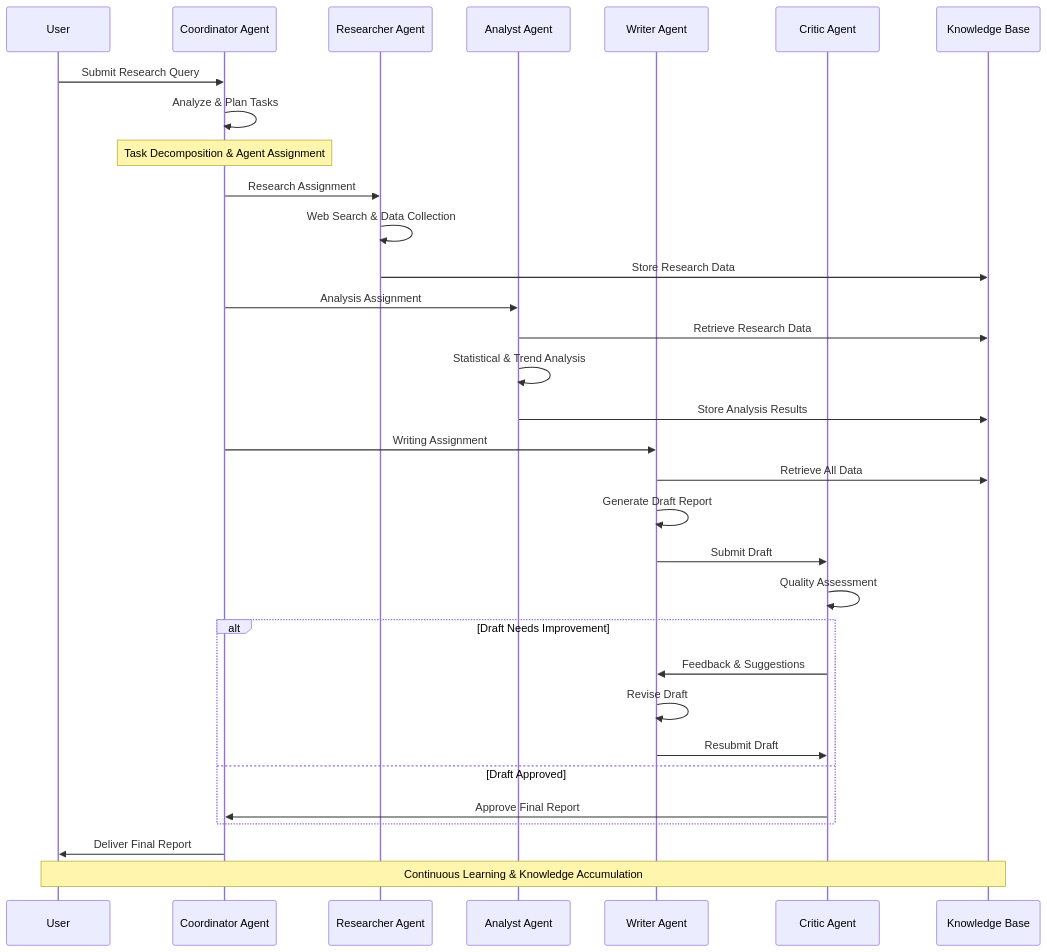
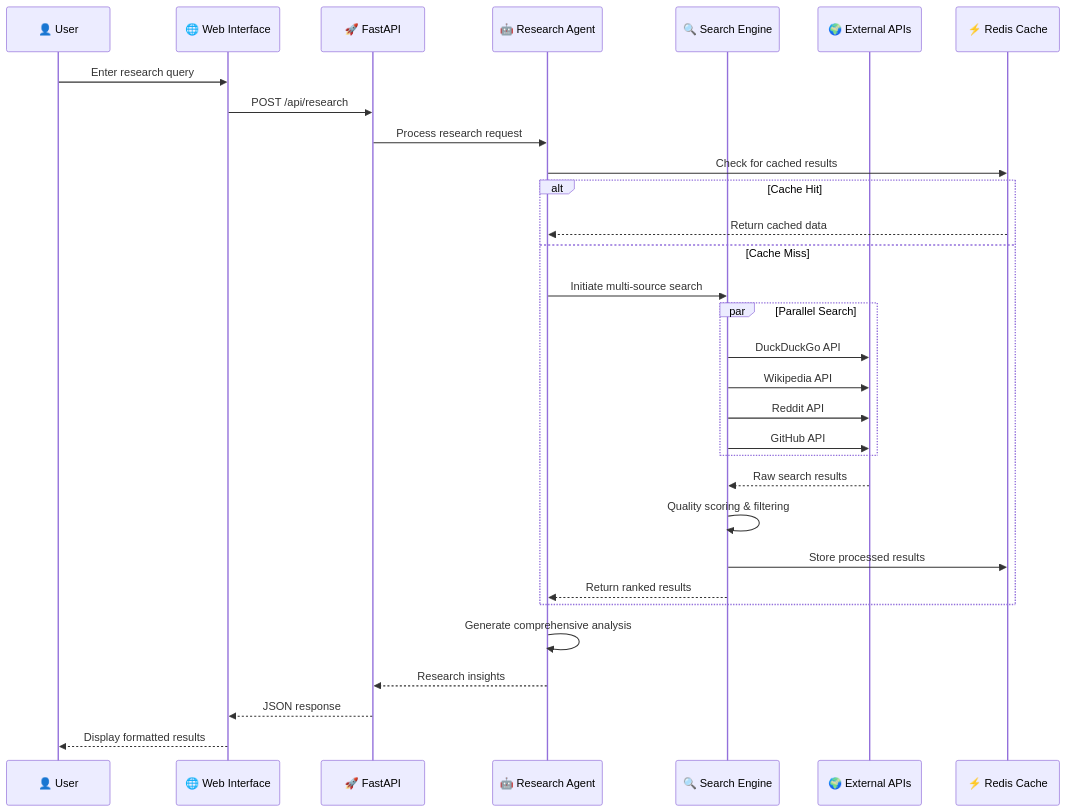
Before and after one commit to somesh-ghaturle/Projects: the second of 2 diagrams in AgenTech Research Hub/README.md, drawn with Mermaid. The commit also changed other lines of this file and 19 other files, not shown here.

````diff
--- a/AgenTech Research Hub/README.md
+++ b/AgenTech Research Hub/README.md
@@ -164,43 +148,38 @@
 ```mermaid
 sequenceDiagram
-    participant User
-    participant Coordinator as Coordinator Agent
-    participant Researcher as Researcher Agent
-    participant Analyst as Analyst Agent
-    participant Writer as Writer Agent
-    participant Critic as Critic Agent
-    participant KB as Knowledge Base
+    participant User as 👤 User
+    participant UI as 🌐 Web Interface
+    participant API as 🚀 FastAPI
+    participant Agent as 🤖 Research Agent
+    participant Search as 🔍 Search Engine
+    participant Sources as 🌍 External APIs
+    participant Cache as ⚡ Redis Cache
     
-    User->>Coordinator: Submit Research Query
-    Coordinator->>Coordinator: Analyze & Plan Tasks
+    User->>UI: Enter research query
+    UI->>API: POST /api/research
+    API->>Agent: Process research request
     
-    Note over Coordinator: Task Decomposition & Agent Assignment
-    
-    Coordinator->>Researcher: Research Assignment
-    Researcher->>Researcher: Web Search & Data Collection
-    Researcher->>KB: Store Research Data
-    
-    Coordinator->>Analyst: Analysis Assignment
-    Analyst->>KB: Retrieve Research Data
-    Analyst->>Analyst: Statistical & Trend Analysis
-    Analyst->>KB: Store Analysis Results
-    
-    Coordinator->>Writer: Writing Assignment
-    Writer->>KB: Retrieve All Data
-    Writer->>Writer: Generate Draft Report
-    Writer->>Critic: Submit Draft
-    
-    Critic->>Critic: Quality Assessment
-    
-    alt Draft Needs Improvement
-        Critic->>Writer: Feedback & Suggestions
-        Writer->>Writer: Revise Draft
-        Writer->>Critic: Resubmit Draft
-    else Draft Approved
-        Critic->>Coordinator: Approve Final Report
+    Agent->>Cache: Check for cached results
+    alt Cache Hit
+        Cache-->>Agent: Return cached data
+    else Cache Miss
+        Agent->>Search: Initiate multi-source search
+        
+        par Parallel Search
+            Search->>Sources: DuckDuckGo API
+            Search->>Sources: Wikipedia API
+            Search->>Sources: Reddit API
+            Search->>Sources: GitHub API
+        end
+        
+        Sources-->>Search: Raw search results
+        Search->>Search: Quality scoring & filtering
+        Search->>Cache: Store processed results
+        Search-->>Agent: Return ranked results
     end
     
-    Coordinator->>User: Deliver Final Report
-    
-    Note over User,KB: Continuous Learning & Knowledge Accumulation
+    Agent->>Agent: Generate comprehensive analysis
+    Agent-->>API: Research insights
+    API-->>UI: JSON response
+    UI-->>User: Display formatted results
 ```
````
